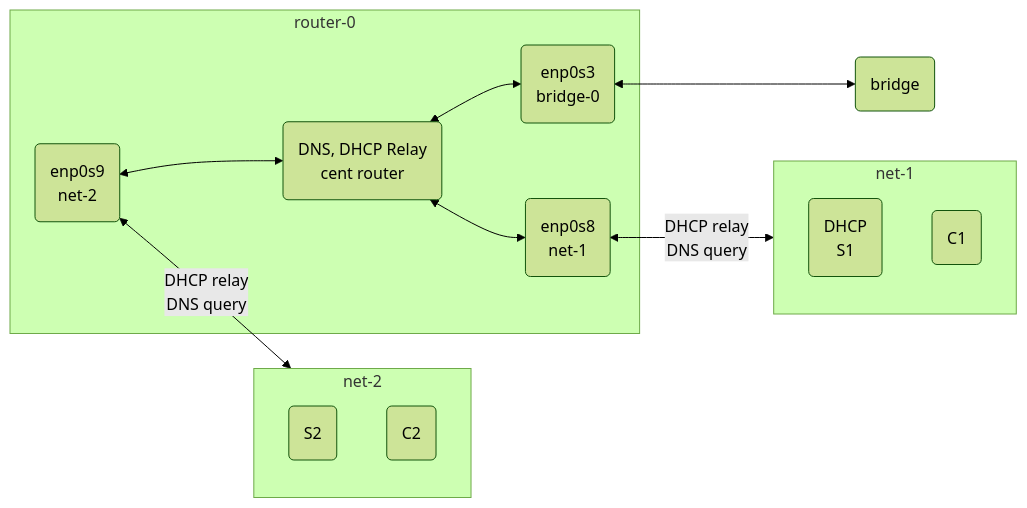
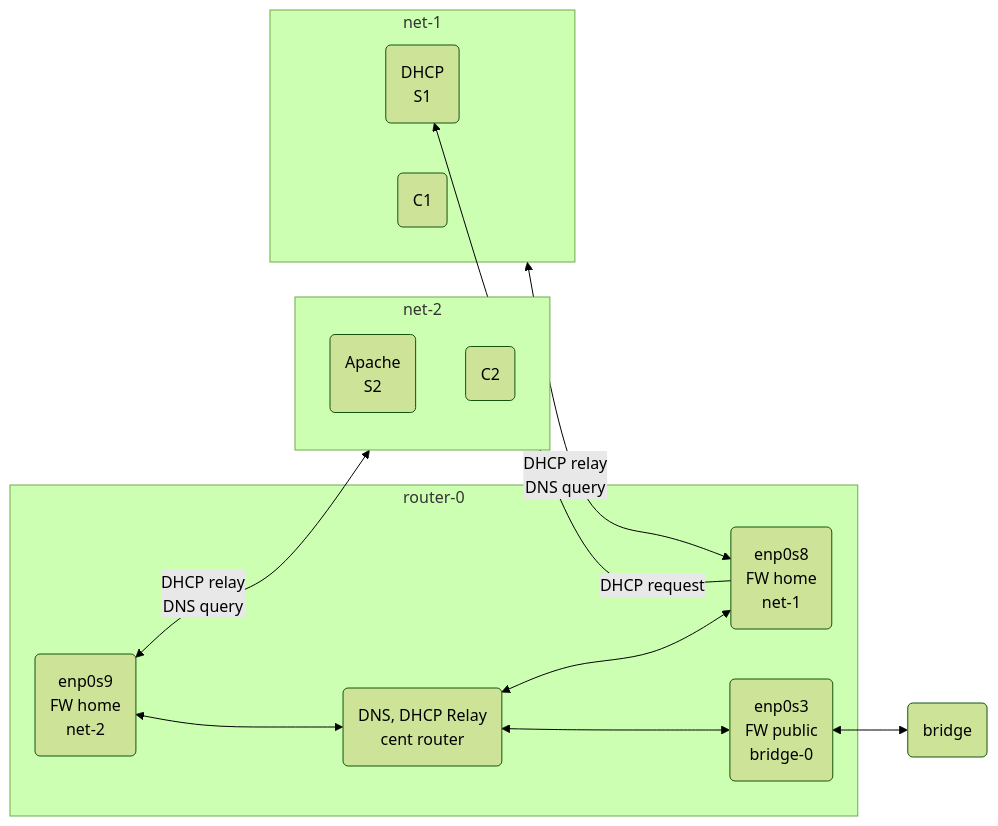
The diagram in README.md (b11361213/Server-Setup-Practice), drawn with Mermaid (forest theme) before and after one commit. The commit also changed other lines of this file and 3 other files, not shown here.

````diff
--- a/README.md
+++ b/README.md
@@ -6,41 +6,46 @@
 ```mermaid
 flowchart RL
     net-1 <-- DHCP relay \n DNS query --> router-n1
+    router-n1 -- DHCP request --> S1
     net-2 <-- DHCP relay <br> DNS query --> router-n2
     bridge-1 <--> router-b0
 
     bridge-1(
         bridge)
     
     subgraph router-0
     router(
         DNS, DHCP Relay
         cent router)
     router-b0(
         enp0s3
+        FW public
         bridge-0)
     router-n1(
         enp0s8
+        FW home
         net-1)
     router-n2(
         enp0s9
+        FW home
         net-2)
     router-b0 <--> router
     router-n1 <--> router <--> router-n2
     end
     
     subgraph net-1
     S1(
         DHCP
         S1)
     C1(
         C1)
     end
 
     subgraph net-2
     S2(
+        Apache
         S2)
     C2(
         C2)
     end
 ```
````
